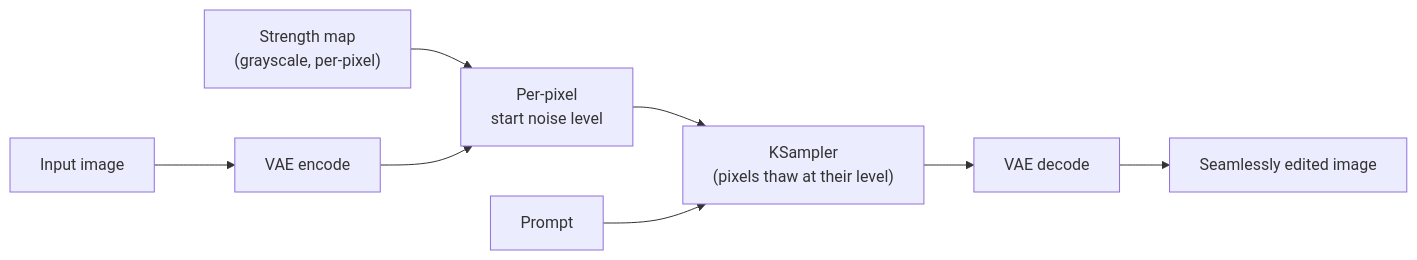
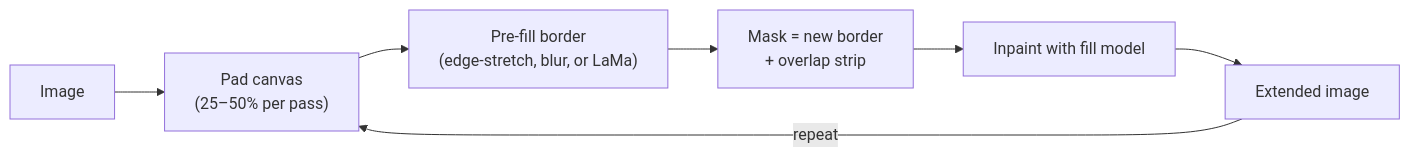
Before and after one commit to AndrewAltimit/Documentation: the fourth of 7 diagrams in github-pages/docs/ai-ml/inpainting-editing.md, drawn with Mermaid. The commit also changed other lines of this file and 240 other files, not shown here.

````diff
--- a/github-pages/docs/ai-ml/inpainting-editing.md
+++ b/github-pages/docs/ai-ml/inpainting-editing.md
@@ -234,9 +217,9 @@
 ```mermaid
 flowchart LR
-    Img["Input image"] --> Enc["VAE encode"]
-    SMap["Strength map<br/>(grayscale, per-pixel)"] --> Sched["Per-pixel<br/>start noise level"]
-    Enc --> Sched
-    Sched --> KS["KSampler<br/>(pixels thaw at their level)"]
-    Prompt["Prompt"] --> KS
-    KS --> Dec["VAE decode"] --> Out["Seamlessly edited image"]
+    Orig["Image"] --> Pad["Pad canvas<br/>(25–50% per pass)"]
+    Pad --> Fill["Pre-fill border<br/>(edge-stretch, blur, or LaMa)"]
+    Fill --> Mask["Mask = new border<br/>+ overlap strip"]
+    Mask --> Inp["Inpaint with fill model"]
+    Inp --> Merged["Extended image"]
+    Merged -->|"repeat"| Pad
 ```
````
